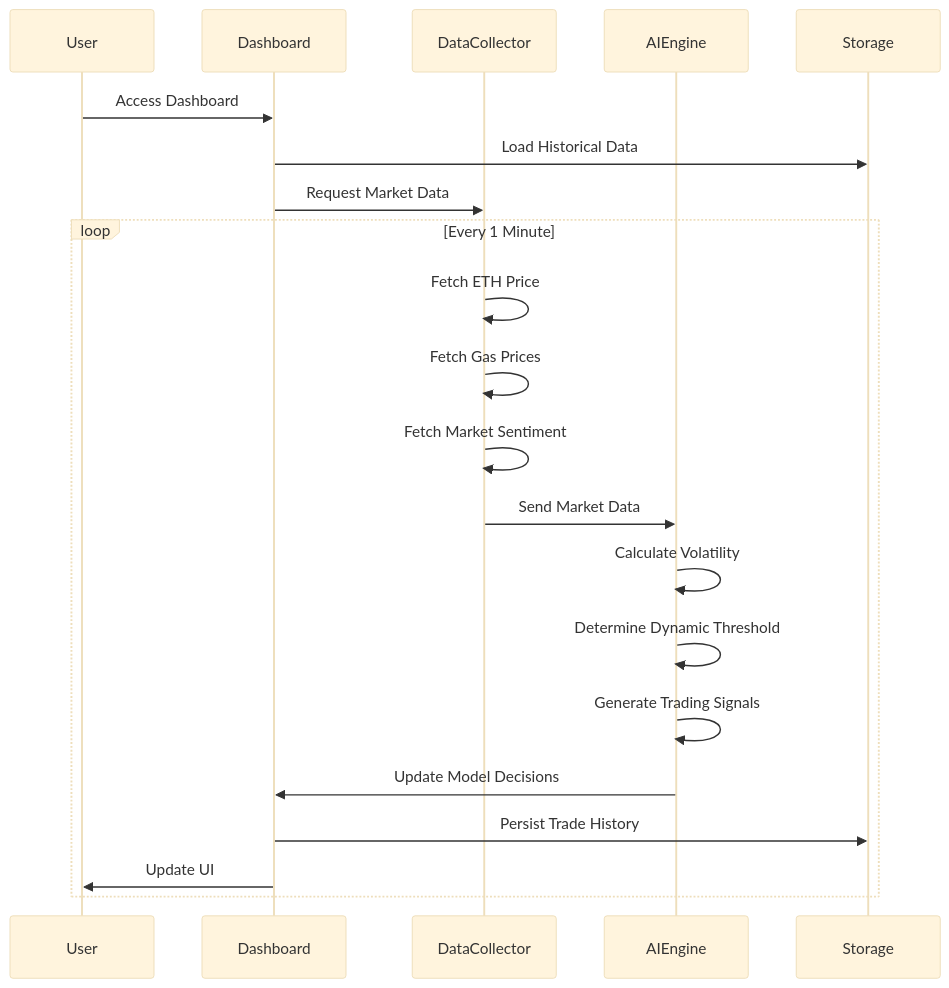
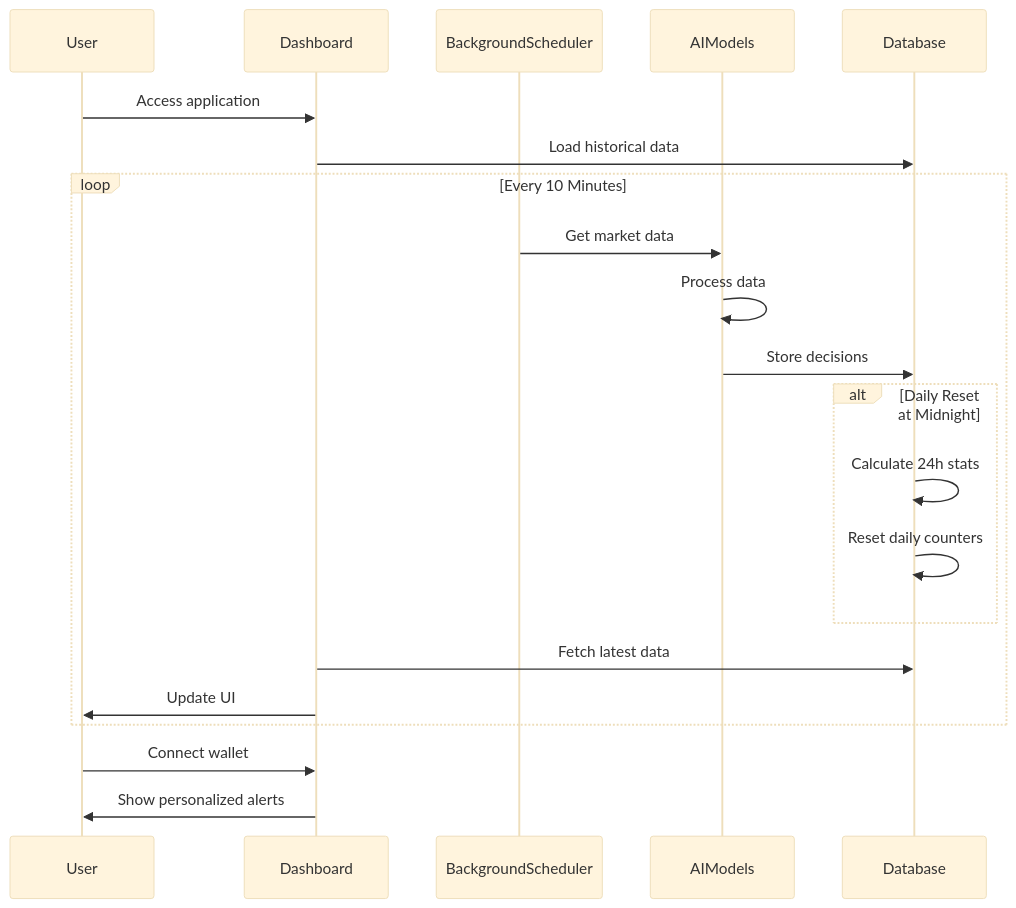
One commit to Qbandev/stbchef changed the second of 2 diagrams in README.md. Above: the diagram before and after it, drawn with Mermaid (base theme). The commit also changed other lines of this file and 10 other files, not shown here.

````diff
--- a/README.md
+++ b/README.md
@@ -283,27 +220,28 @@
 ```mermaid
 sequenceDiagram
     participant User
     participant Dashboard
-    participant DataCollector
-    participant AIEngine
-    participant Storage
+    participant BackgroundScheduler
+    participant AIModels
+    participant Database
 
-    User->>Dashboard: Access Dashboard
-    Dashboard->>Storage: Load Historical Data
-    Dashboard->>DataCollector: Request Market Data
-    
-    loop Every 1 Minute
-        DataCollector->>DataCollector: Fetch ETH Price
-        DataCollector->>DataCollector: Fetch Gas Prices
-        DataCollector->>DataCollector: Fetch Market Sentiment
-        
-        DataCollector->>AIEngine: Send Market Data
-        AIEngine->>AIEngine: Calculate Volatility
-        AIEngine->>AIEngine: Determine Dynamic Threshold
-        
-        AIEngine->>AIEngine: Generate Trading Signals
-        AIEngine->>Dashboard: Update Model Decisions
-        Dashboard->>Storage: Persist Trade History
+    User->>Dashboard: Access application
+    Dashboard->>Database: Load historical data
+
+    loop Every 10 Minutes
+        BackgroundScheduler->>AIModels: Get market data
+        AIModels->>AIModels: Process data
+        AIModels->>Database: Store decisions
+
+        alt Daily Reset at Midnight
+            Database->>Database: Calculate 24h stats
+            Database->>Database: Reset daily counters
+        end
+
+        Dashboard->>Database: Fetch latest data
         Dashboard->>User: Update UI
     end
+
+    User->>Dashboard: Connect wallet
+    Dashboard->>User: Show personalized alerts
 ```
````
